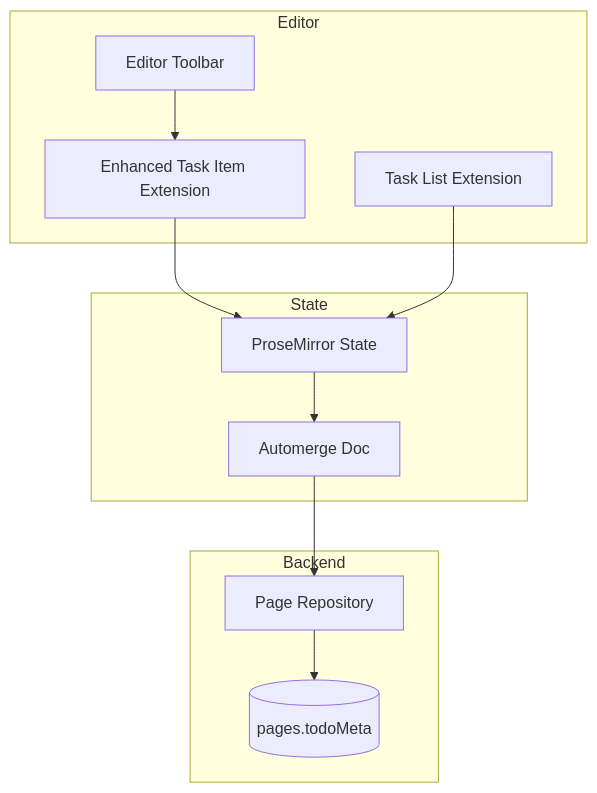
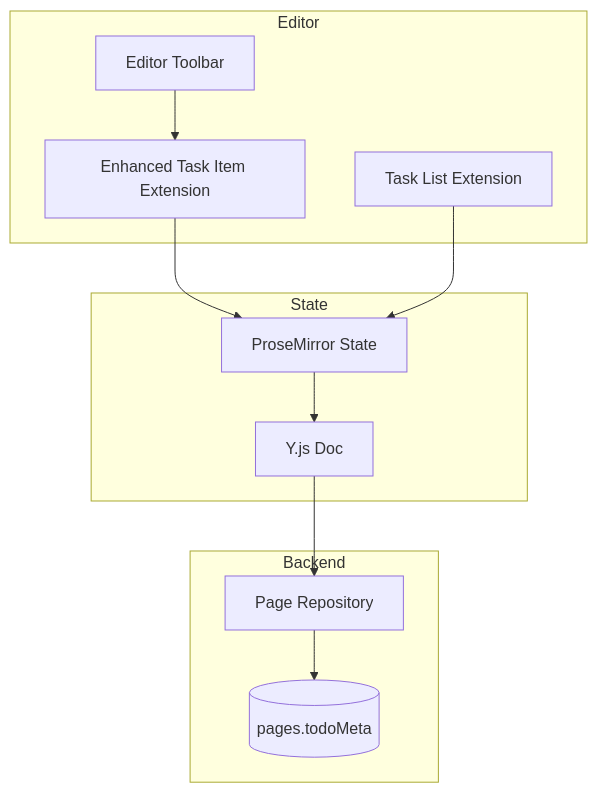
One commit to zubair-io/Just-Maple changed the diagram in docs/eng-todos.md. Above: the diagram before and after it, drawn with Mermaid. The commit also changed other lines of this file and 24 other files, not shown here.

````diff
--- a/docs/eng-todos.md
+++ b/docs/eng-todos.md
@@ -7,25 +7,25 @@
 ```mermaid
 graph TB
     subgraph Editor
         TaskItem[Enhanced Task Item Extension]
         TaskList[Task List Extension]
         Toolbar[Editor Toolbar]
     end
 
     subgraph State
         ProseMirror[ProseMirror State]
-        Automerge[Automerge Doc]
+        Yjs[Y.js Doc]
     end
 
     subgraph Backend
         PageRepo[Page Repository]
         MongoDB[(pages.todoMeta)]
     end
 
     TaskItem --> ProseMirror
     TaskList --> ProseMirror
     Toolbar --> TaskItem
-    ProseMirror --> Automerge
-    Automerge --> PageRepo
+    ProseMirror --> Yjs
+    Yjs --> PageRepo
     PageRepo --> MongoDB
 ```
````
